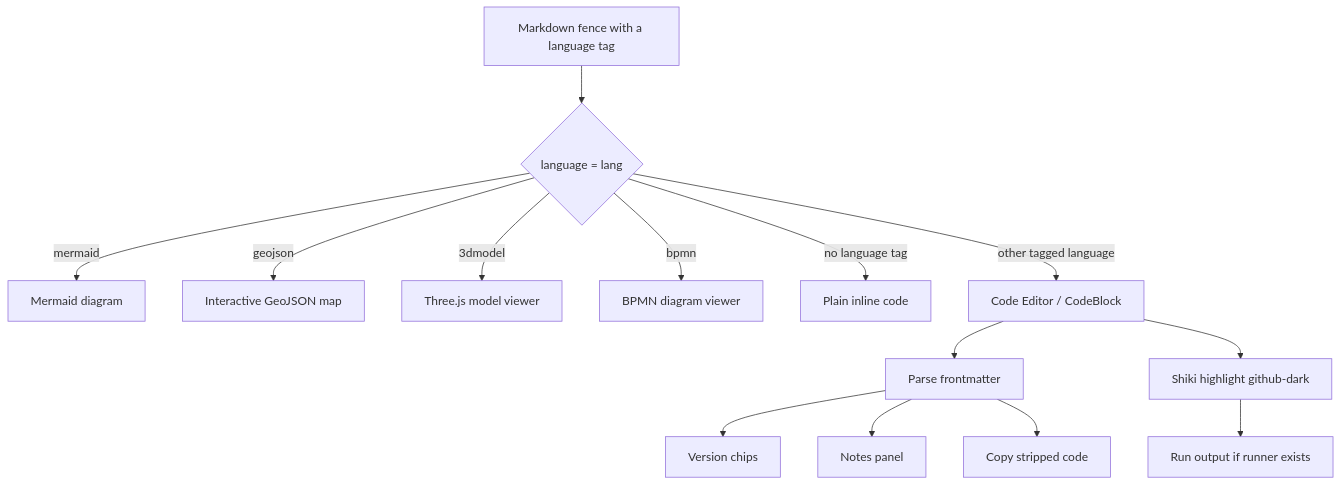
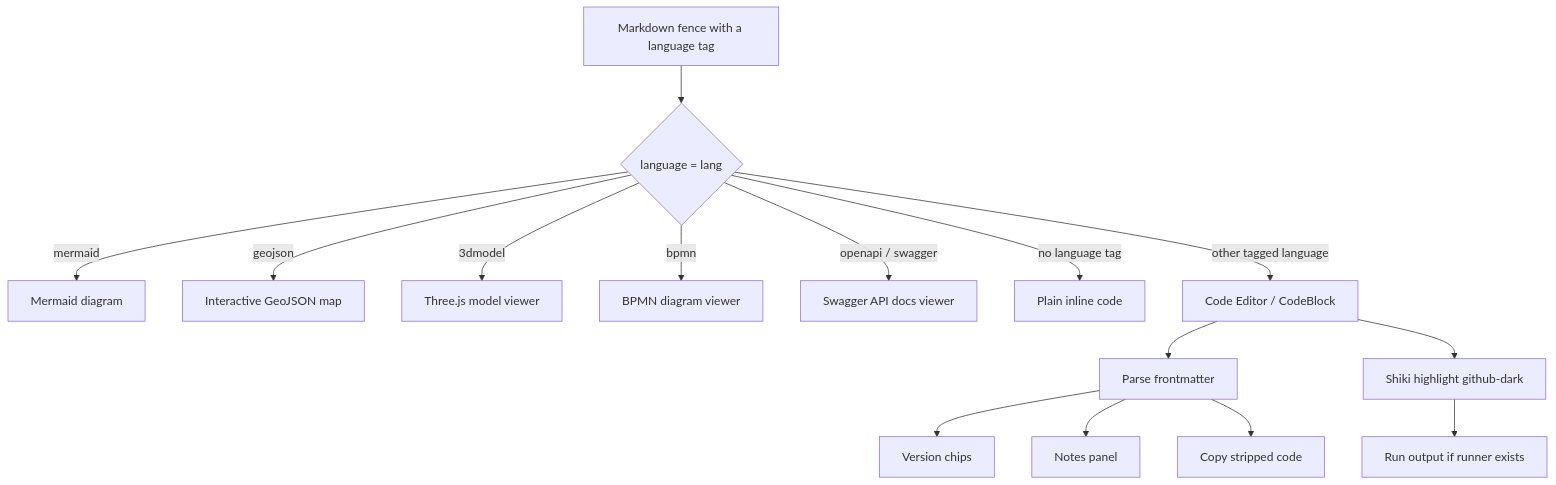
One commit to Lewiscowles1986/note-taking-app changed the first of 2 diagrams in docs/code-editor.md. Above: the diagram before and after it, drawn with Mermaid. The commit also changed other lines of this file and 1 other file, not shown here.

Commit message:
docs(swagger): document the OpenAPI viewer, frontmatter servers, and Try-it-out in code-editor.md and FEATURES.md

````diff
--- a/docs/code-editor.md
+++ b/docs/code-editor.md
@@ -263,16 +263,17 @@
 ```mermaid
 flowchart TD
     A[Markdown fence with a language tag] --> B{language = lang}
     B -- mermaid --> C[Mermaid diagram]
     B -- geojson --> D[Interactive GeoJSON map]
     B -- 3dmodel --> E[Three.js model viewer]
     B -- bpmn --> F[BPMN diagram viewer]
+    B -- openapi / swagger --> S[Swagger API docs viewer]
     B -- no language tag --> G[Plain inline code]
     B -- other tagged language --> H[Code Editor / CodeBlock]
     H --> H1[Parse frontmatter]
     H --> H2[Shiki highlight github-dark]
     H1 --> H1a[Version chips]
     H1 --> H1b[Notes panel]
     H1 --> H1c[Copy stripped code]
     H2 --> H2a[Run output if runner exists]
 ```
````
